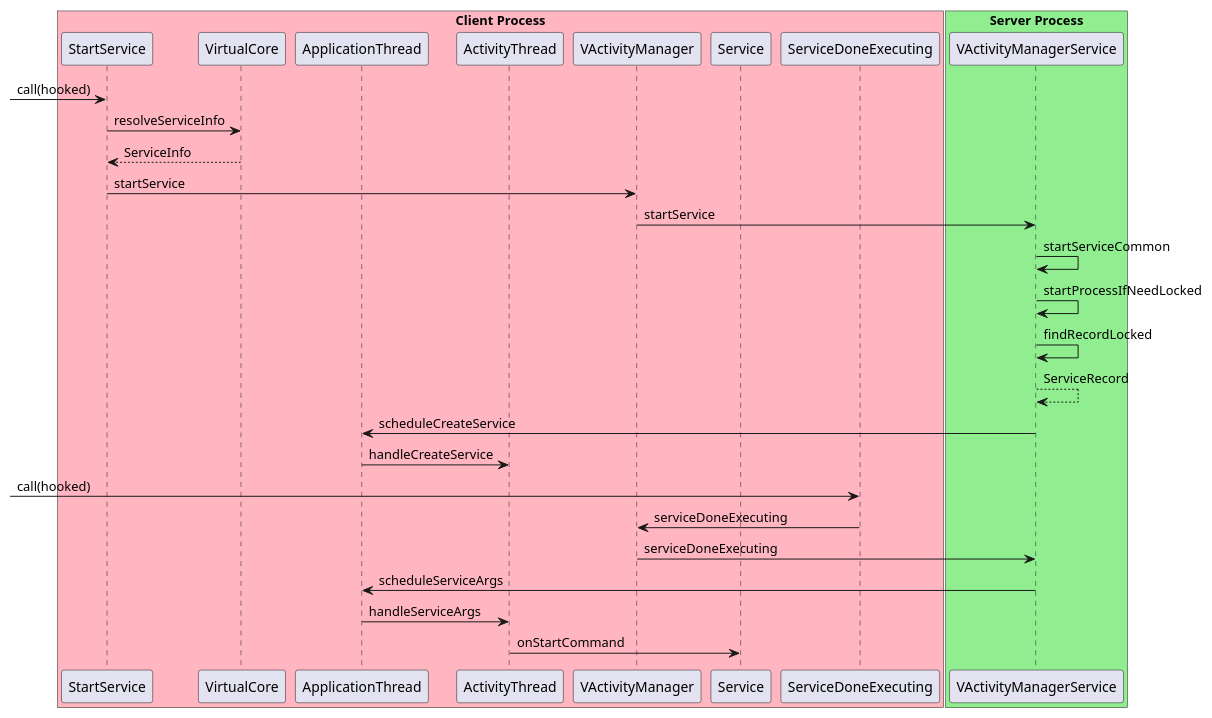
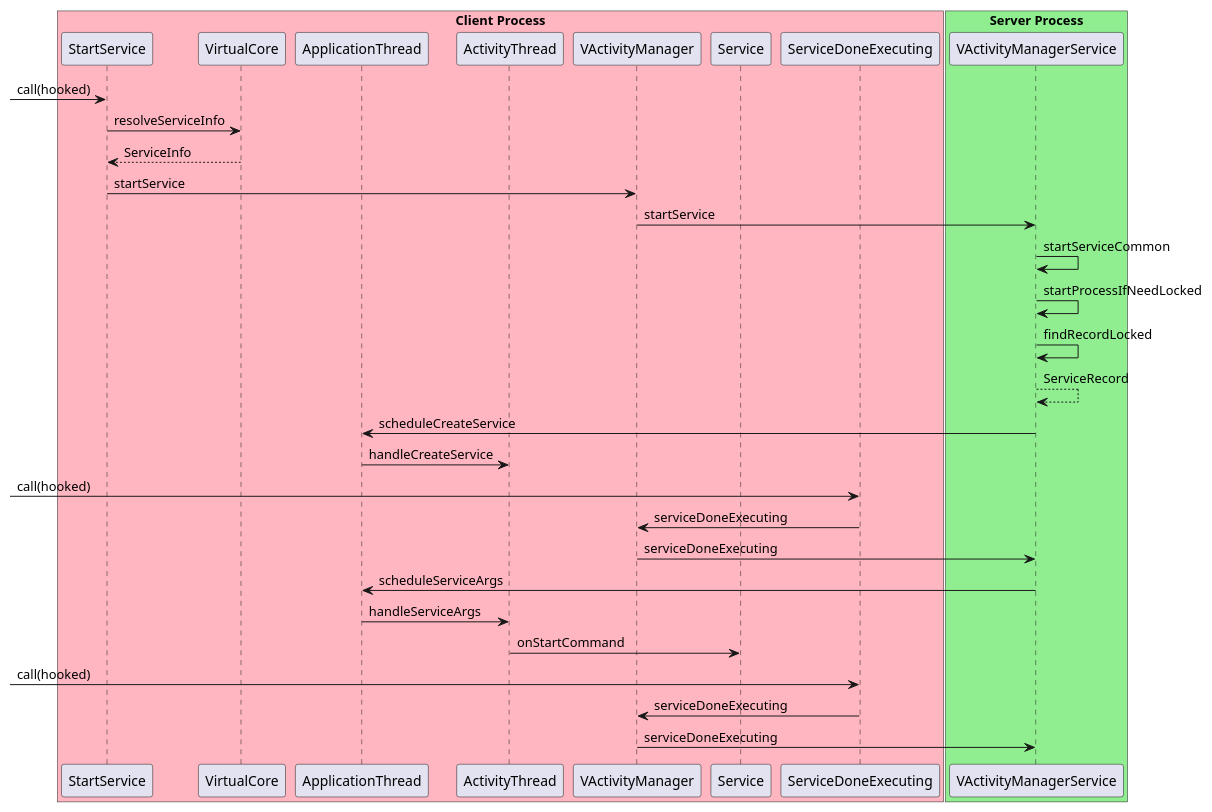
The diagram in VirtualApp/startService.puml (skyoung09/VirtualApp), drawn with PlantUML before and after one commit. The commit also changed 2 other files, not shown here.

Commit message:
Modify startService

```diff
--- a/VirtualApp/startService.puml
+++ b/VirtualApp/startService.puml
@@ -1,33 +1,36 @@
 @startuml
 box "Client Process" #LightPink
 participant StartService
 participant VirtualCore
 participant ApplicationThread
 participant ActivityThread
 participant VActivityManager
 participant Service
 participant ServiceDoneExecuting
 end box
 
 box "Server Process" #LightGreen
 participant VActivityManagerService
 end box
 
 -> StartService: call(hooked)
 StartService -> VirtualCore: resolveServiceInfo
 VirtualCore --> StartService: ServiceInfo
 StartService -> VActivityManager: startService
 VActivityManager -> VActivityManagerService : startService
 VActivityManagerService -> VActivityManagerService: startServiceCommon
 VActivityManagerService -> VActivityManagerService: startProcessIfNeedLocked
 VActivityManagerService -> VActivityManagerService: findRecordLocked
 VActivityManagerService --> VActivityManagerService: ServiceRecord
 VActivityManagerService -> ApplicationThread: scheduleCreateService
 ApplicationThread -> ActivityThread: handleCreateService
 -> ServiceDoneExecuting: call(hooked)
 ServiceDoneExecuting -> VActivityManager: serviceDoneExecuting
 VActivityManager -> VActivityManagerService: serviceDoneExecuting
 VActivityManagerService -> ApplicationThread: scheduleServiceArgs
 ApplicationThread -> ActivityThread: handleServiceArgs
 ActivityThread -> Service: onStartCommand
+-> ServiceDoneExecuting: call(hooked)
+ServiceDoneExecuting -> VActivityManager: serviceDoneExecuting
+VActivityManager -> VActivityManagerService: serviceDoneExecuting
 @enduml
```
